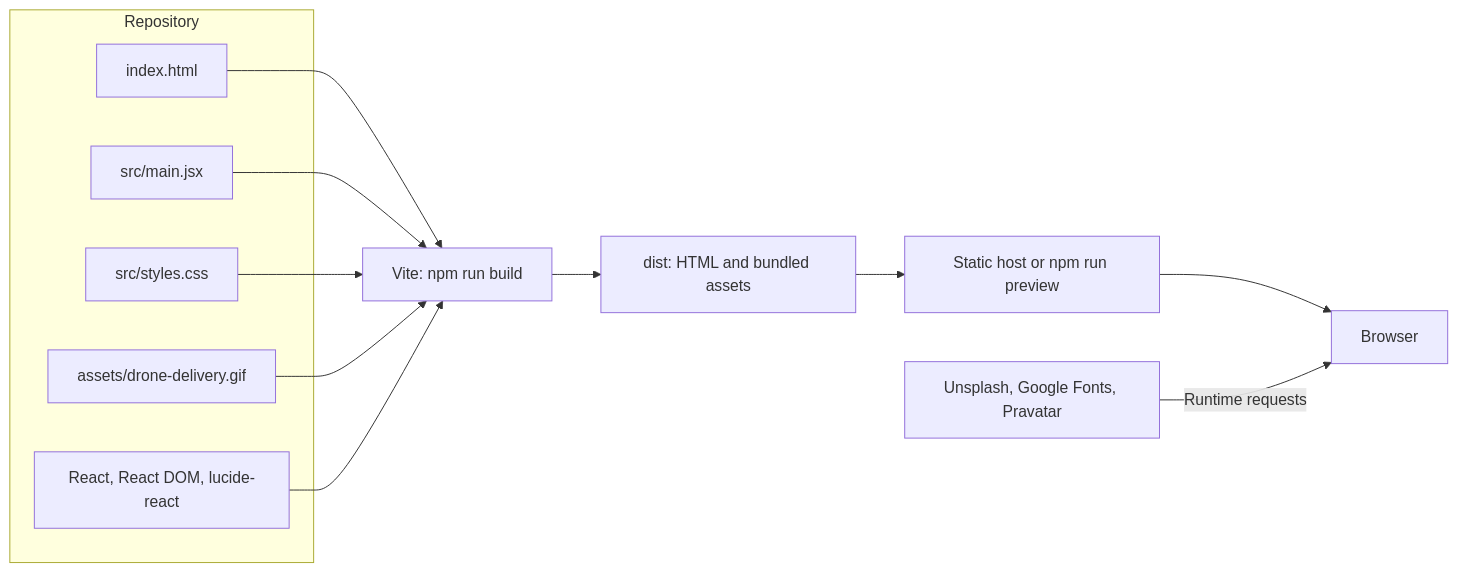
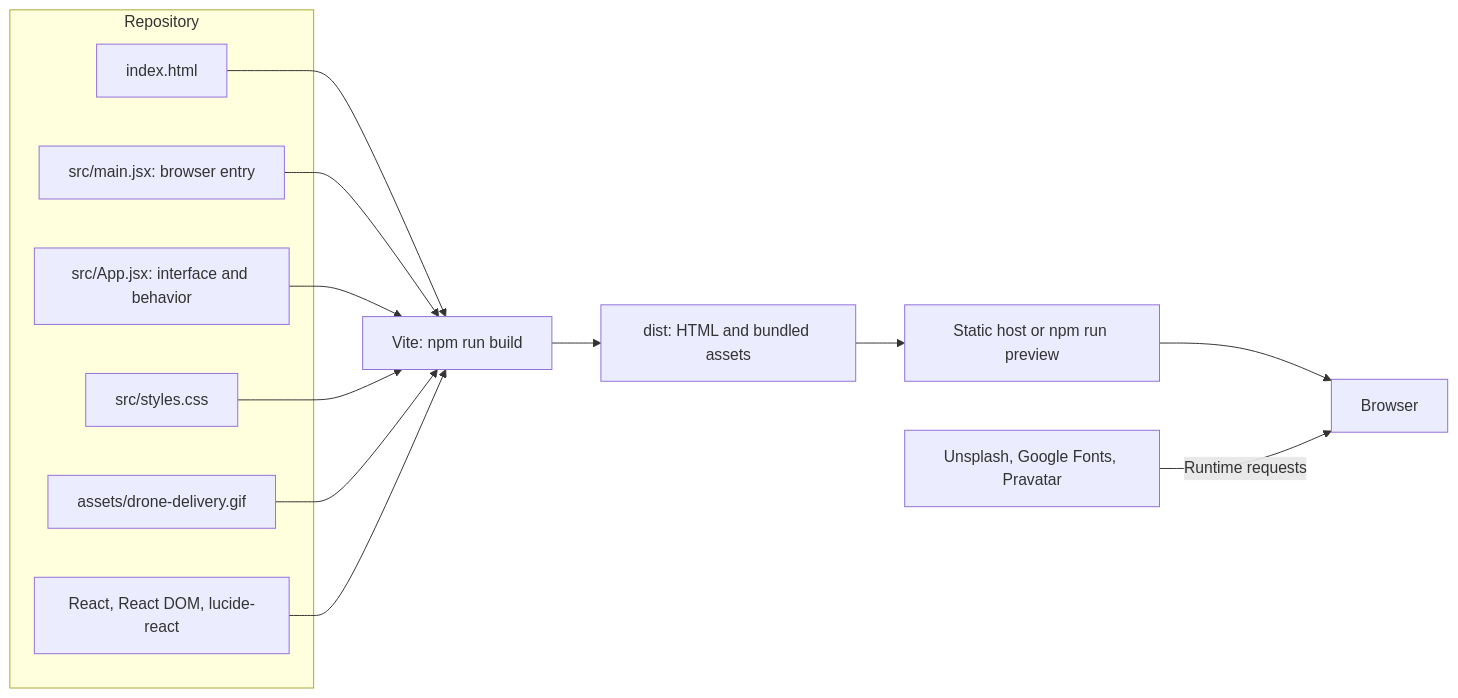
Before and after one commit to gwolverson/cap-hackathon: the sixth of 6 diagrams in README.md, drawn with Mermaid. The commit also changed other lines of this file and 7 other files, not shown here.

````diff
--- a/README.md
+++ b/README.md
@@ -165,19 +174,21 @@
 ```mermaid
 flowchart LR
     subgraph Source[Repository]
         HTML[index.html]
-        JS[src/main.jsx]
+        JS[src/main.jsx: browser entry]
+        App[src/App.jsx: interface and behavior]
         CSS[src/styles.css]
         GIF[assets/drone-delivery.gif]
         Deps[React, React DOM, lucide-react]
     end
     HTML --> Vite[Vite: npm run build]
     JS --> Vite
+    App --> Vite
     CSS --> Vite
     GIF --> Vite
     Deps --> Vite
     Vite --> Dist[dist: HTML and bundled assets]
     Dist --> Host[Static host or npm run preview]
     Host --> Browser[Browser]
     Remote[Unsplash, Google Fonts, Pravatar] -->|Runtime requests| Browser
 ```
````
